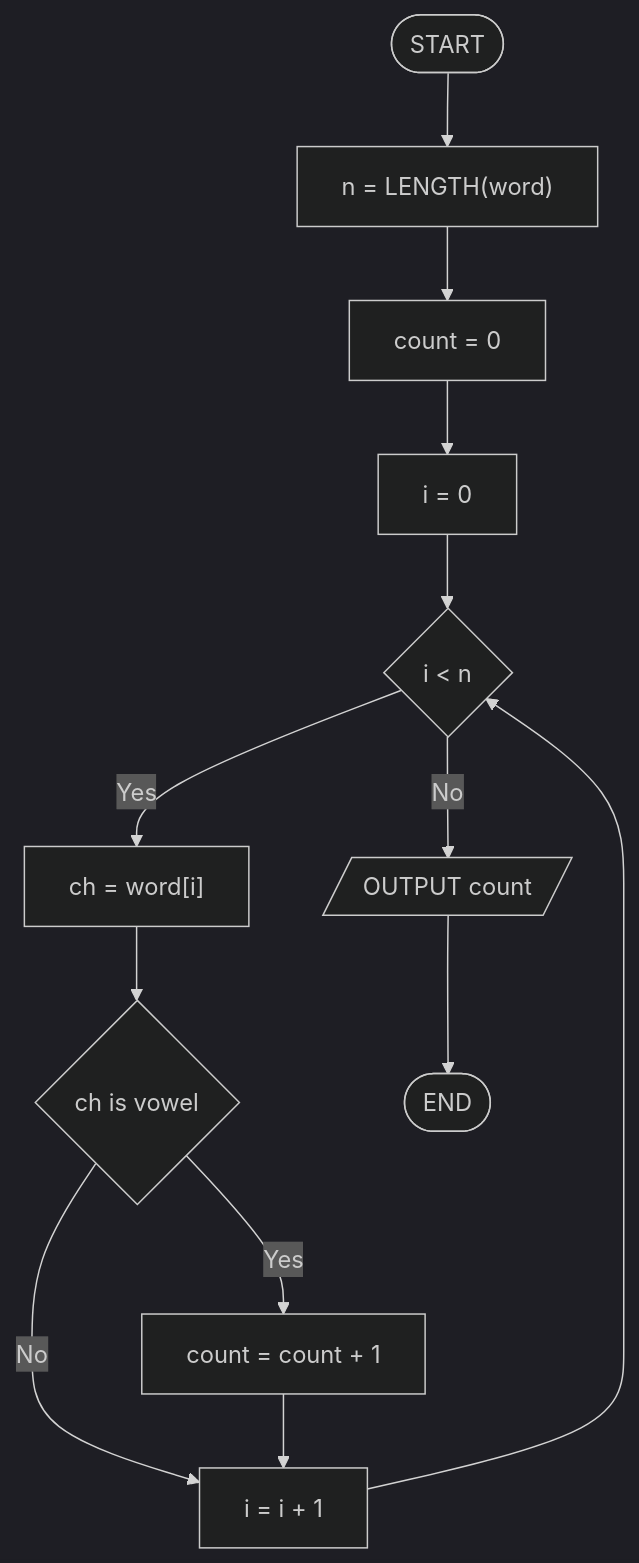
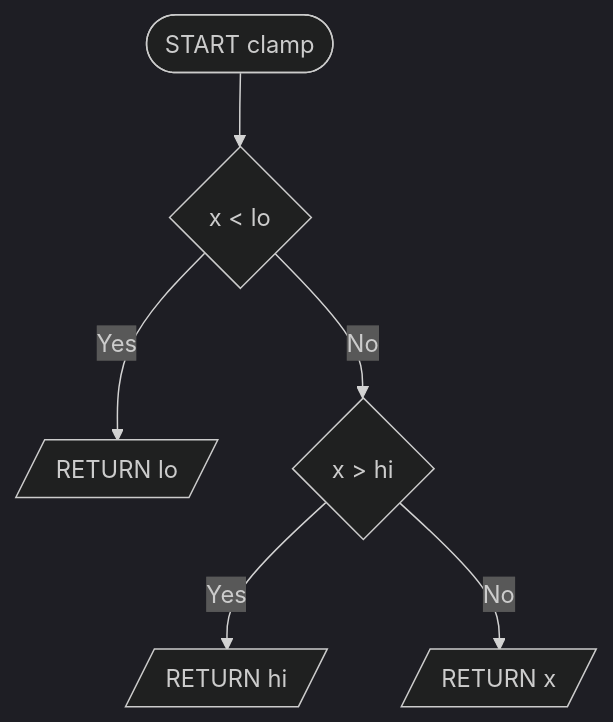
Before and after one commit to ISIBrussels/methodo-algo: the diagram in docs/seances/07/exercices_seance_07.md, drawn with Mermaid (dark theme). The commit also changed other lines of this file and 9 other files, not shown here.

````diff
--- a/docs/seances/07/exercices_seance_07.md
+++ b/docs/seances/07/exercices_seance_07.md
@@ -55,15 +105,8 @@
 ```mermaid
 flowchart TB
-  A([START]) --> B["n = LENGTH(word)"]
-  B --> C["count = 0"]
-  C --> D["i = 0"]
-  D --> E{i < n}
-  E -->|Yes| F["ch = word[i]"]
-  F --> G{ch is vowel}
-  G -->|Yes| H["count = count + 1"]
-  G -->|No| I["i = i + 1"]
-  H --> I
-  I --> E
-  E -->|No| J[/OUTPUT count/]
-  J --> K([END])
+  A([START clamp]) --> B{x < lo}
+  B -->|Yes| C[/RETURN lo/]
+  B -->|No| D{x > hi}
+  D -->|Yes| E[/RETURN hi/]
+  D -->|No| F[/RETURN x/]
 ```
````
